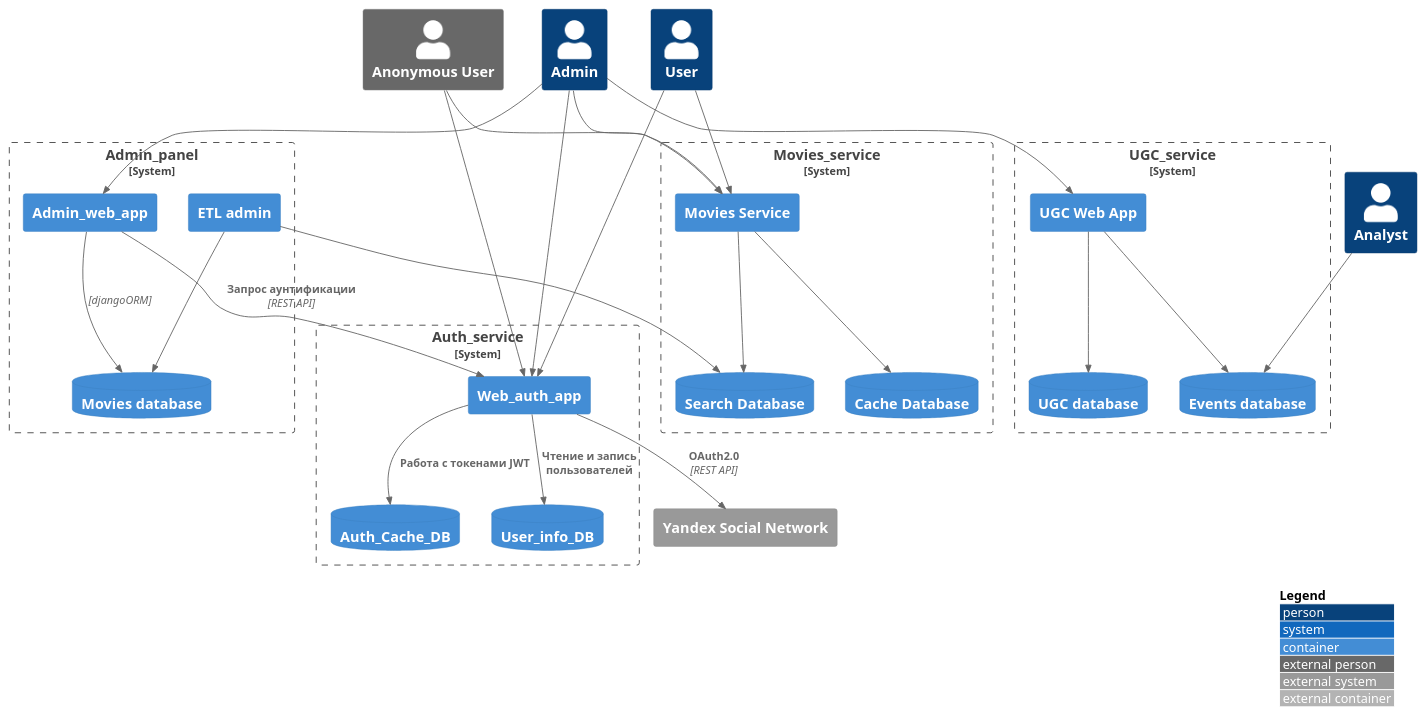
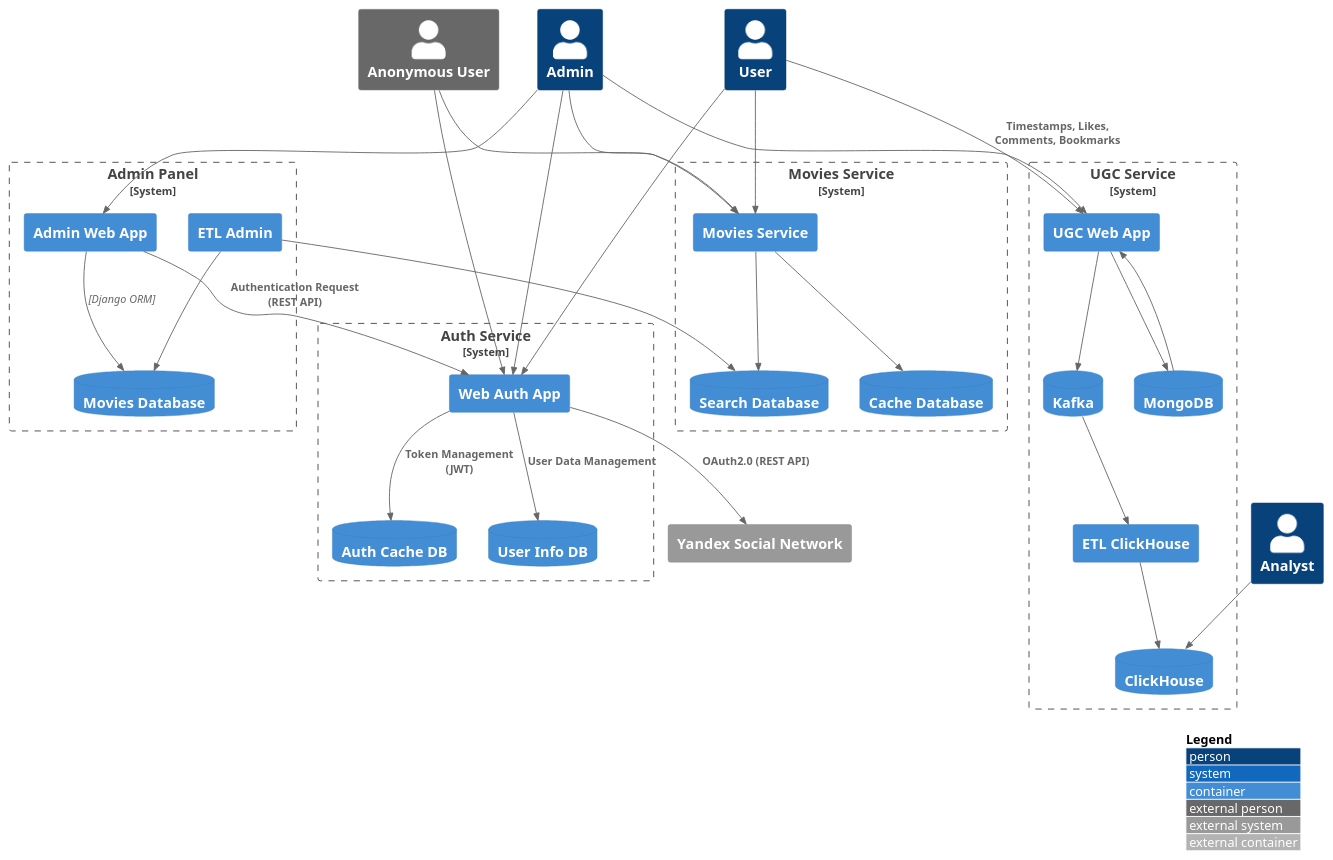
Before and after one commit to konarlook/ugc_sprint_1: the diagram in docs/arc/c2_context.puml, drawn with PlantUML. The commit also changed 12 other files, not shown here.

```diff
--- a/docs/arc/c2_context.puml
+++ b/docs/arc/c2_context.puml
@@ -1,68 +1,75 @@
 @startuml system-context
 !include https://raw.githubusercontent.com/plantuml-stdlib/C4-PlantUML/master/C4_Container.puml
 
 LAYOUT_TOP_DOWN()
 LAYOUT_WITH_LEGEND()
 
 Person(admin, "Admin")
 Person(analyst, "Analyst")
 Person(user, "User")
 Person_Ext(anonim, "Anonymous User")
 
-
-System_Boundary(admin_panel, "Admin_panel"){
-    Container(web_app, "Admin_web_app")
-    ContainerDb(movies_db, "Movies database")
-    Container(etl_admin, "ETL admin")
-}
-System_Boundary(auth_service, "Auth_service"){
-    ContainerDb(cache_auth_db, "Auth_Cache_DB")
-    ContainerDb(user_auth_db, "User_info_DB")
-    Container(web_auth, "Web_auth_app")
+System_Boundary(admin_panel, "Admin Panel") {
+    Container(web_app, "Admin Web App")
+    ContainerDb(movies_db, "Movies Database")
+    Container(etl_admin, "ETL Admin")
 }
 
-System_Boundary(movies_service, "Movies_service"){
+System_Boundary(auth_service, "Auth Service") {
+    ContainerDb(cache_auth_db, "Auth Cache DB")
+    ContainerDb(user_auth_db, "User Info DB")
+    Container(web_auth, "Web Auth App")
+}
+
+System_Boundary(movies_service, "Movies Service") {
     ContainerDb(search_db, "Search Database")
     ContainerDb(cache_db, "Cache Database")
     Container(movies_app, "Movies Service")
 }
 
-System_Boundary(ugc_service, "UGC_service"){
-    ContainerDb(ugc_db, "UGC database")
+System_Boundary(ugc_service, "UGC Service") {
     Container(ugc_web_app, "UGC Web App")
-    ContainerDb(events_db, "Events database")
+    ContainerDb(ugc_db_kafka, "Kafka")
+    ContainerDb(ugc_db_mongo, "MongoDB")
+    Container(ugc_etl_click, "ETL ClickHouse")
+    ContainerDb(ClickHouse_db, "ClickHouse")
 }
+
 System_Ext(yandex_soc, "Yandex Social Network")
 
+Rel(web_app, movies_db, "", "Django ORM")
+Rel(etl_admin, movies_db, "")
+Rel(etl_admin, search_db, "")
 
-Rel(web_app, movies_db,, djangoORM)
-Rel(etl_admin, movies_db, )
-Rel(etl_admin, search_db,)
+Rel(movies_app, cache_db, "")
+Rel(movies_app, search_db, "")
 
-Rel(movies_app, cache_db,)
-Rel(movies_app, search_db, )
+Rel(web_auth, cache_auth_db, "Token Management (JWT)")
+Rel(web_auth, user_auth_db, "User Data Management")
+Rel(web_auth, yandex_soc, "OAuth2.0 (REST API)")
 
-Rel(web_auth, cache_auth_db, "Работа с токенами JWT")
-Rel(web_auth, user_auth_db, "Чтение и запись пользователей")
-Rel(web_auth, yandex_soc, "OAuth2.0", "REST API")
-Rel(web_app, web_auth, "Запрос аунтификации", "REST API")
+Rel(web_app, web_auth, "Authentication Request (REST API)")
 
-Rel(user, web_auth,)
-Rel(user, movies_app,)
+Rel(user, web_auth, "")
+Rel(user, movies_app, "")
 
-Rel(anonim, web_auth,)
-Rel(anonim, movies_app,)
+Rel(anonim, web_auth, "")
+Rel(anonim, movies_app, "")
 
-Rel(admin, web_auth,)
-Rel(admin, movies_app,)
-Rel(admin, web_app,)
-Rel(analyst, events_db,)
+Rel(admin, web_auth, "")
+Rel(admin, movies_app, "")
+Rel(admin, web_app, "")
 
-Rel(ugc_web_app, events_db, "")
-Rel(ugc_web_app, ugc_db, "")
+Rel(analyst, ClickHouse_db, "")
 
-Rel(admin, ugc_web_app, "", "")
+Rel(user, ugc_web_app, "Timestamps, Likes, Comments, Bookmarks")
+Rel(admin, ugc_web_app, "")
 
+Rel(ugc_web_app, ugc_db_kafka, "")
+Rel(ugc_db_kafka, ugc_etl_click, "")
+Rel(ugc_etl_click, ClickHouse_db, "")
 
+Rel(ugc_web_app, ugc_db_mongo, "")
+Rel(ugc_db_mongo, ugc_web_app, "")
 
 @enduml
```
